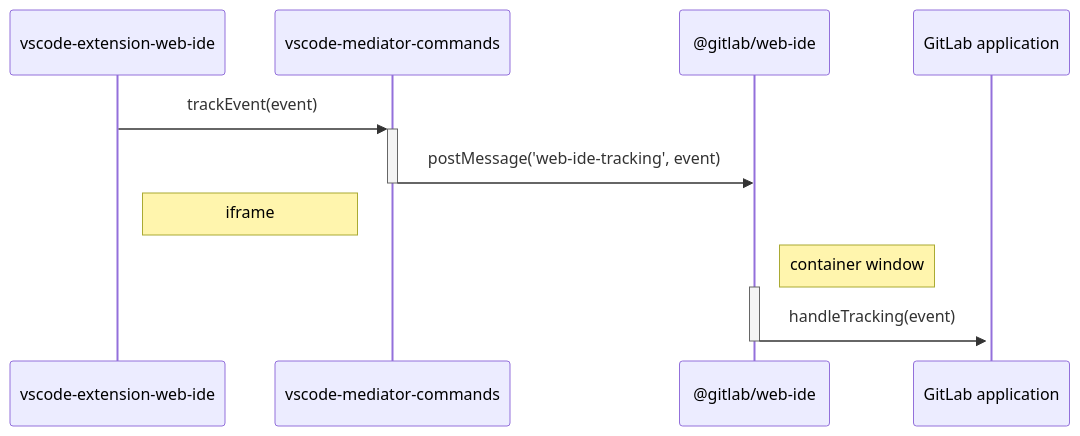
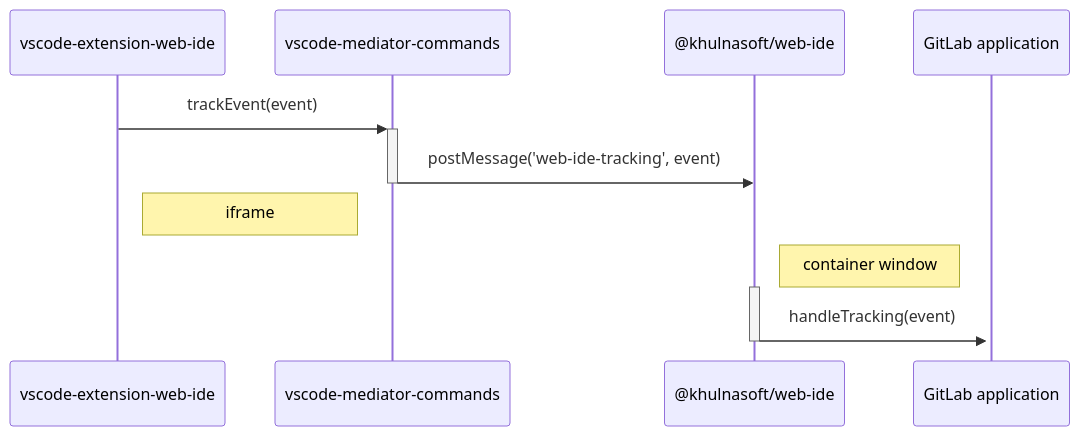
Before and after one commit to khulnasoft-bot/web-ide: the diagram in docs/development/instrumentation.md, drawn with Mermaid. The commit also changed other lines of this file and 273 other files, not shown here.

````diff
--- a/docs/development/instrumentation.md
+++ b/docs/development/instrumentation.md
@@ -41,14 +41,14 @@
 ```mermaid
 sequenceDiagram
     participant A as vscode-extension-web-ide
     participant B as vscode-mediator-commands
-    participant C as @gitlab/web-ide
+    participant C as @khulnasoft/web-ide
     participant D as GitLab application
     A->>+B: trackEvent(event)
     B->>-C: postMessage('web-ide-tracking', event)
     Note right of A: iframe
     Note right of C: container window
     activate C
     C->>+D: handleTracking(event)
     deactivate C
 ```
````
